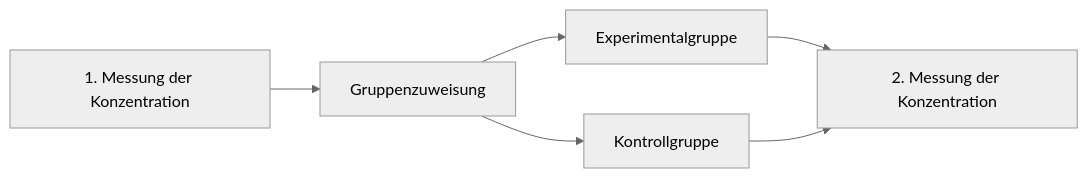
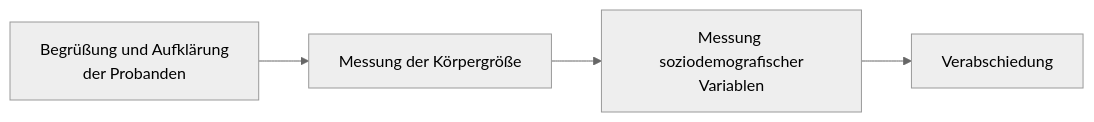
The diagram in test.qmd (sebastiansauer/fopra), drawn with Mermaid (neutral theme) before and after one commit. The commit also changed other lines of this file and 79 other files, not shown here.

````diff
--- a/test.qmd
+++ b/test.qmd
@@ -6,10 +7,10 @@
 ```{mermaid}
-%%| label: fig-between
-%%| fig-cap: Beispiel für ein Between-Subject-Design
+%%| label: fig-univariat
+%%| fig-cap: Studiendesign
+
 flowchart LR
-  M1[1. Messung der Konzentration] --> R[Gruppenzuweisung]
-  R --> G1[Experimentalgruppe]
-  R --> G2[Kontrollgruppe]
-  G1 --> M2[2. Messung der Konzentration]
-  G2 --> M2[2. Messung der Konzentration]  
+  A[Begrüßung und Aufklärung</br>der Probanden] --> B[Messung der Körpergröße]
+  B --> C[Messung soziodemografischer</br>Variablen]
+  C-->D[Verabschiedung]
+
 ```
````
